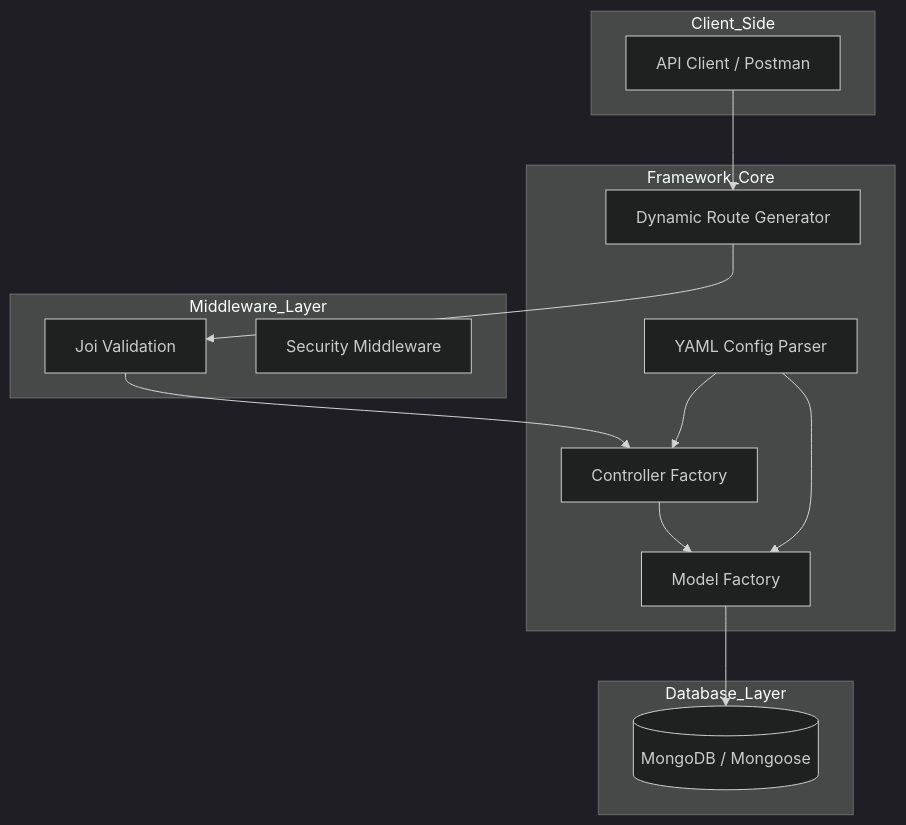
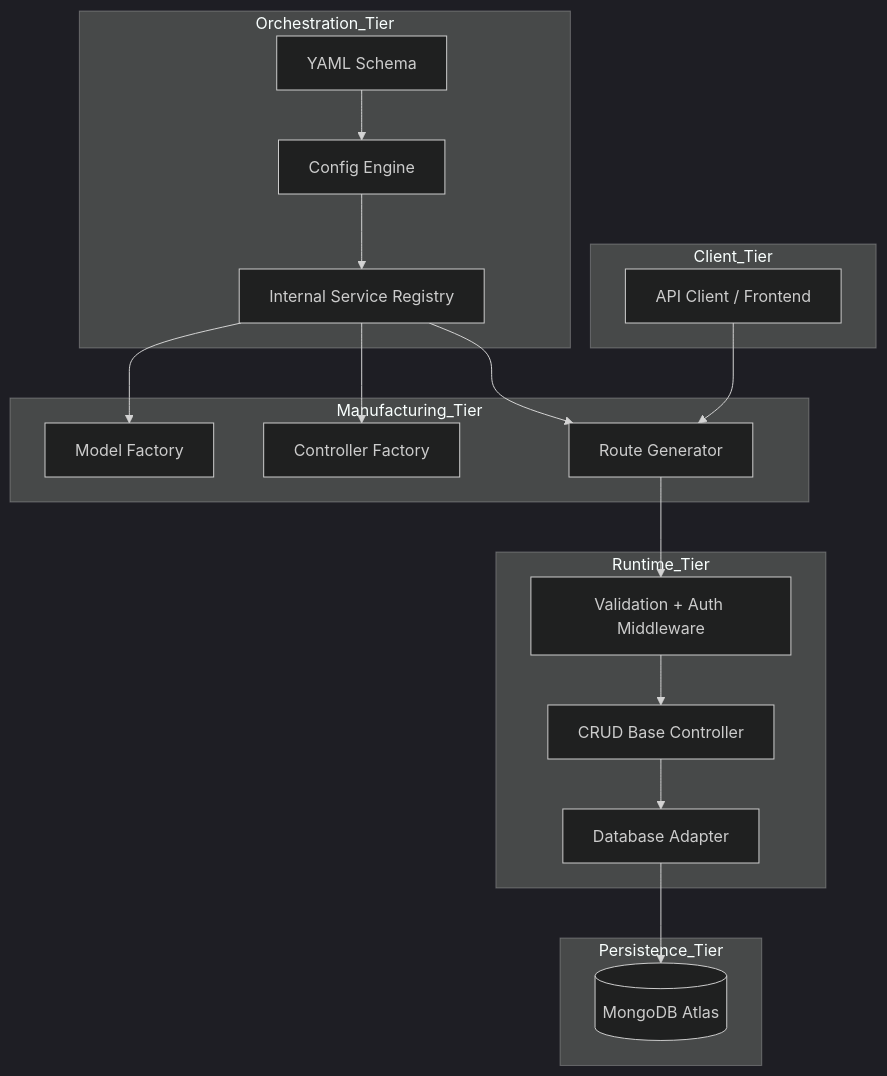
The second of 2 diagrams in Idea.md (MOHITKOURAV01/AutoCRUD.js), drawn with Mermaid (dark theme) before and after one commit. The commit also changed other lines of this file, not shown here.

Commit message:
Define core product vision and idea roadmap

````diff
--- a/Idea.md
+++ b/Idea.md
@@ -130,30 +152,29 @@
 ```mermaid
 graph TD
-    subgraph Client_Side
-        User[API Client / Postman]
+    subgraph Client_Tier
+        User[API Client / Frontend]
     end
 
-    subgraph Framework_Core
-        Parser[YAML Config Parser]
-        MF[Model Factory]
-        CF[Controller Factory]
-        Router[Dynamic Route Generator]
+    subgraph Orchestration_Tier
+        Config[YAML Schema] --> Parser[Config Engine]
+        Parser --> Registry[Internal Service Registry]
     end
 
-    subgraph Middleware_Layer
-        Val[Joi Validation]
-        Sec[Security Middleware]
+    subgraph Manufacturing_Tier
+        Registry --> MF[Model Factory]
+        Registry --> CF[Controller Factory]
+        Registry --> RG[Route Generator]
     end
 
-    subgraph Database_Layer
-        DB[(MongoDB / Mongoose)]
+    subgraph Runtime_Tier
+        RG --> Middleware[Validation + Auth Middleware]
+        Middleware --> BaseCtrl[CRUD Base Controller]
+        BaseCtrl --> Mongoose[Database Adapter]
     end
 
-    User --> Router
-    Router --> Val
-    Val --> CF
-    CF --> MF
-    MF --> DB
-    Parser --> MF
-    Parser --> CF
+    subgraph Persistence_Tier
+        Mongoose --> MongoDB[(MongoDB Atlas)]
+    end
+
+    User --> RG
 ```
````
